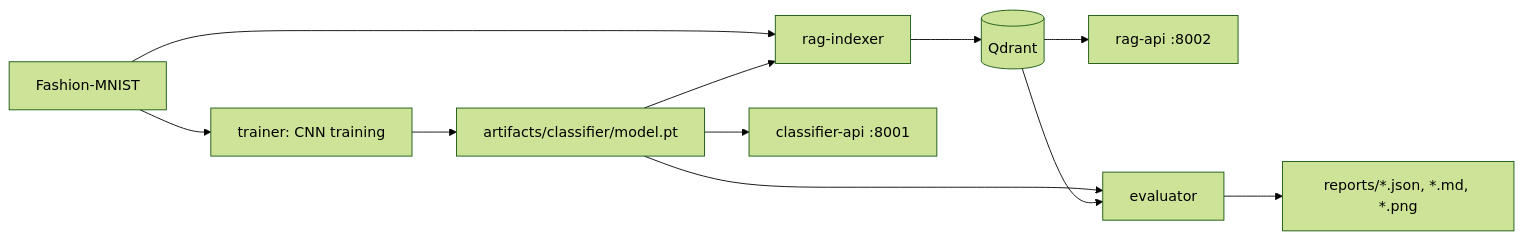
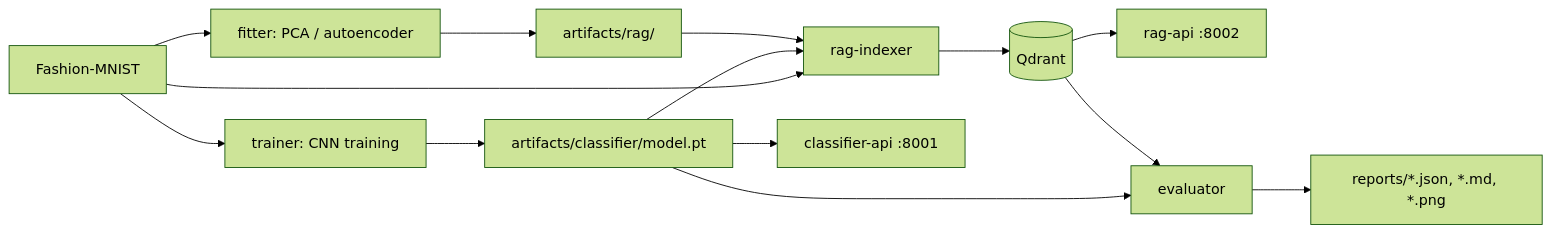
The diagram in README.md (LevZaplatin/fashion-mnist-ml-vs-rag), drawn with Mermaid (forest theme) before and after one commit. The commit also changed other lines of this file and 176 other files, not shown here.

````diff
--- a/README.md
+++ b/README.md
@@ -10,13 +10,16 @@
 ```mermaid
 flowchart LR
   FMNIST[Fashion-MNIST] --> Train[trainer: CNN training]
   Train --> CKPT[artifacts/classifier/model.pt]
+  FMNIST --> Fit[fitter: PCA / autoencoder]
+  Fit --> FitArt[artifacts/rag/]
   FMNIST --> Index[rag-indexer]
   CKPT --> Index
+  FitArt --> Index
   Index --> Q[(Qdrant)]
   CKPT --> CAPI[classifier-api :8001]
   Q --> RAPI[rag-api :8002]
   CKPT --> Eval[evaluator]
   Q --> Eval
   Eval --> Reports[reports/*.json, *.md, *.png]
 ```
````
